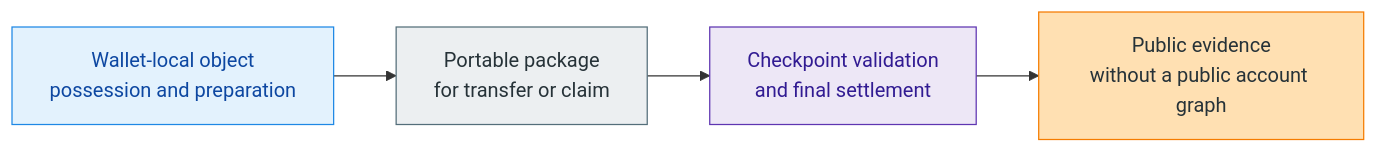
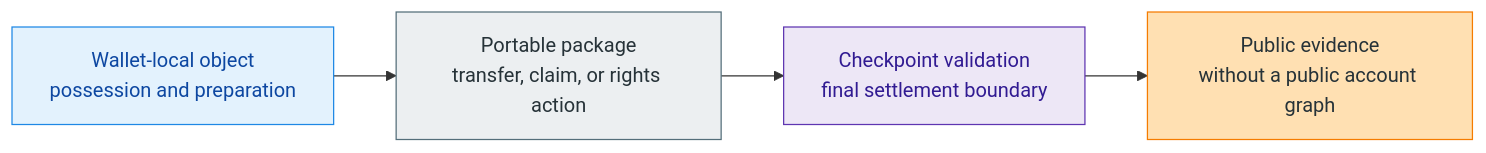
Before and after one commit to vasja34/z00z-website: the diagram in content/docs/learn/what-is-z00z.md, drawn with Mermaid. The commit also changed other lines of this file and 295 other files, not shown here.

````diff
--- a/content/docs/learn/what-is-z00z.md
+++ b/content/docs/learn/what-is-z00z.md
@@ -22,11 +36,11 @@
 ```mermaid
 flowchart LR
-  Wallet["Wallet-local object<br/>possession and preparation"] --> Package["Portable package<br/>for transfer or claim"]
-  Package --> Checkpoint["Checkpoint validation<br/>and final settlement"]
+  Wallet["Wallet-local object<br/>possession and preparation"] --> Package["Portable package<br/>transfer, claim, or rights action"]
+  Package --> Checkpoint["Checkpoint validation<br/>final settlement boundary"]
   Checkpoint --> Record["Public evidence<br/>without a public account graph"]
 
   style Wallet fill:#E3F2FD,stroke:#1E88E5,stroke-width:1px,color:#0D47A1
   style Package fill:#ECEFF1,stroke:#546E7A,stroke-width:1px,color:#263238
   style Checkpoint fill:#EDE7F6,stroke:#5E35B1,stroke-width:1px,color:#311B92
   style Record fill:#FFE0B2,stroke:#F57C00,stroke-width:1px,color:#263238
 ```
````
